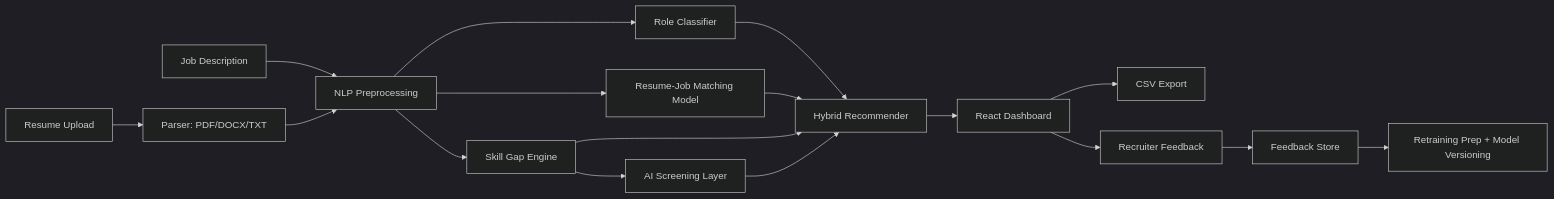
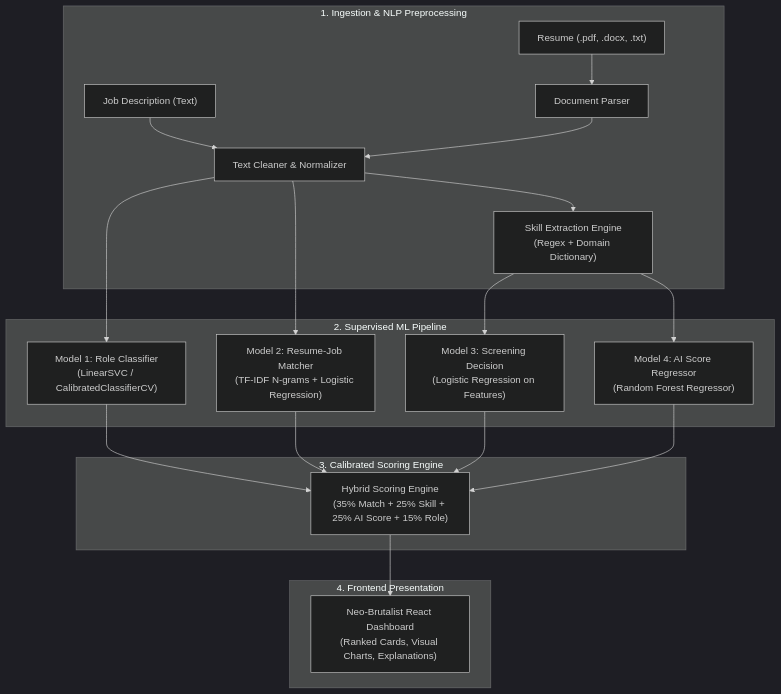
Before and after one commit to Tejas-H01/ResumeScreenJi: the diagram in README.md, drawn with Mermaid (dark theme). The commit also changed other lines of this file, not shown here.

Commit message:
docs: update README with comprehensive architecture, ML models, and features

````diff
--- a/README.md
+++ b/README.md
@@ -24,19 +61,27 @@
 ```mermaid
-flowchart LR
-    A["Resume Upload"] --> B["Parser: PDF/DOCX/TXT"]
-    C["Job Description"] --> D["NLP Preprocessing"]
-    B --> D
-    D --> E["Role Classifier"]
-    D --> F["Resume-Job Matching Model"]
-    D --> G["Skill Gap Engine"]
-    G --> H["AI Screening Layer"]
-    E --> I["Hybrid Recommender"]
-    F --> I
-    G --> I
-    H --> I
-    I --> J["React Dashboard"]
-    J --> K["CSV Export"]
-    J --> L["Recruiter Feedback"]
-    L --> M["Feedback Store"]
-    M --> N["Retraining Prep + Model Versioning"]
+flowchart TD
+    subgraph INGESTION ["1. Ingestion & NLP Preprocessing"]
+        A["Resume (.pdf, .docx, .txt)"] --> B["Document Parser"]
+        C["Job Description (Text)"] --> D["Text Cleaner & Normalizer"]
+        B --> D
+        D --> E["Skill Extraction Engine\n(Regex + Domain Dictionary)"]
+    end
+
+    subgraph MODELS ["2. Supervised ML Pipeline"]
+        D --> M1["Model 1: Role Classifier\n(LinearSVC / CalibratedClassifierCV)"]
+        D --> M2["Model 2: Resume-Job Matcher\n(TF-IDF N-grams + Logistic Regression)"]
+        E --> M3["Model 3: Screening Decision\n(Logistic Regression on Features)"]
+        E --> M4["Model 4: AI Score Regressor\n(Random Forest Regressor)"]
+    end
+
+    subgraph HYBRID ["3. Calibrated Scoring Engine"]
+        M1 --> H["Hybrid Scoring Engine\n(35% Match + 25% Skill + 25% AI Score + 15% Role)"]
+        M2 --> H
+        M3 --> H
+        M4 --> H
+    end
+
+    subgraph OUTPUT ["4. Frontend Presentation"]
+        H --> UI["Neo-Brutalist React Dashboard\n(Ranked Cards, Visual Charts, Explanations)"]
+    end
 ```
````
